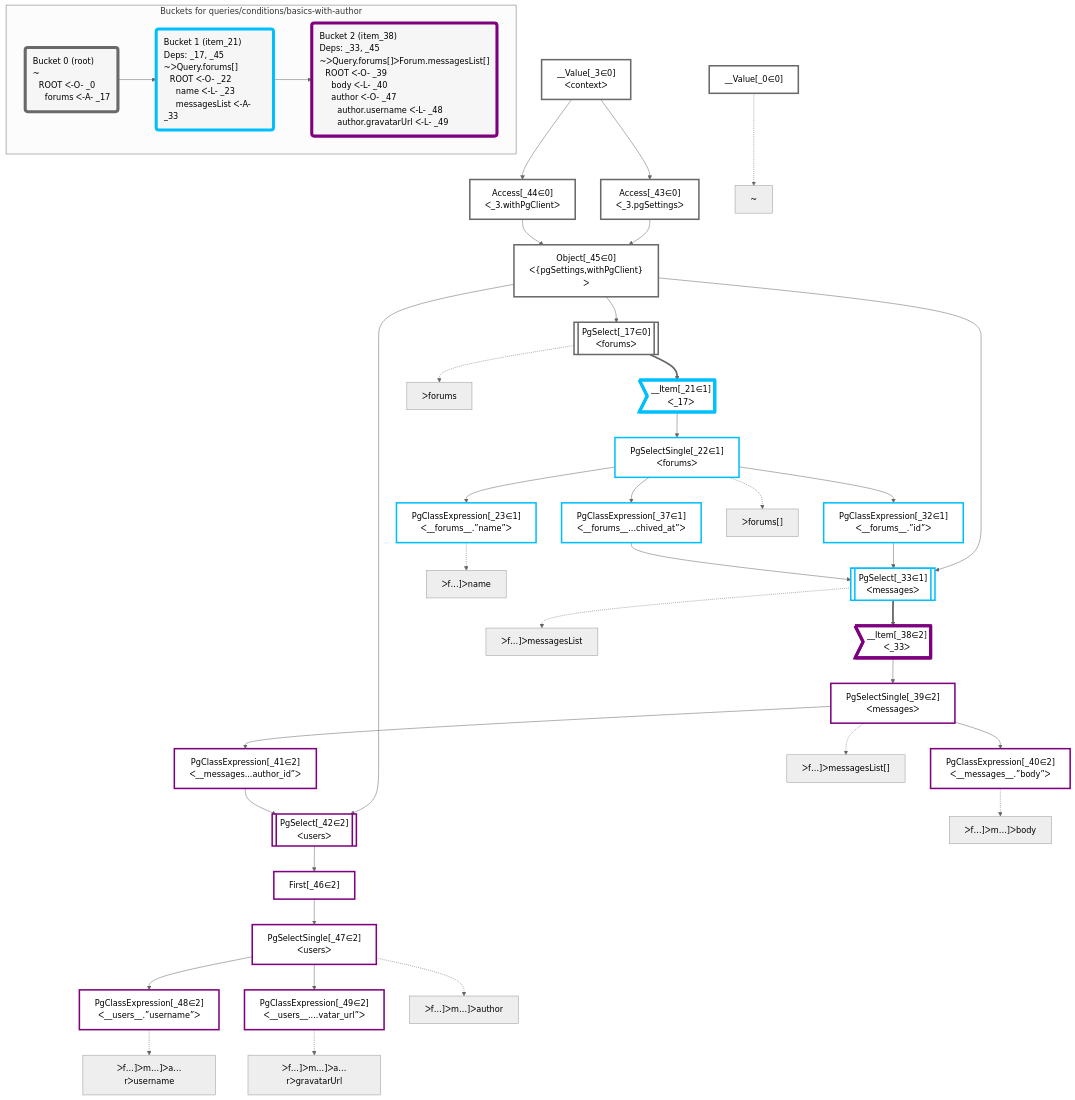
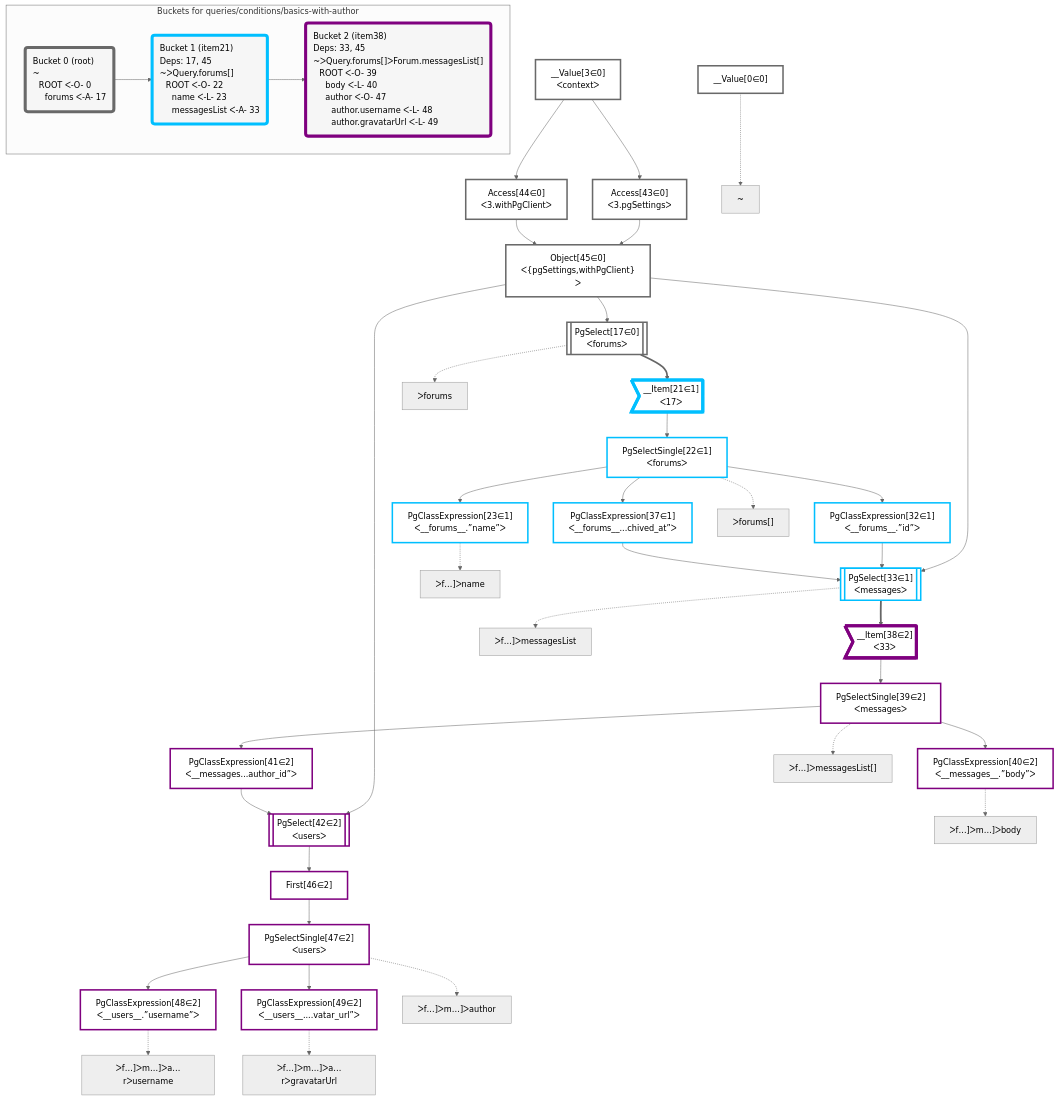
One commit to graphile/crystal changed the diagram in packages/dataplan-pg/__tests__/queries/conditions/basics-with-author.deopt.mermaid.md. Above: the diagram before and after it, drawn with Mermaid (neutral theme). The commit also changed 195 other files, not shown here.

```diff
--- a/packages/dataplan-pg/__tests__/queries/conditions/basics-with-author.deopt.mermaid.md
+++ b/packages/dataplan-pg/__tests__/queries/conditions/basics-with-author.deopt.mermaid.md
@@ -8,81 +8,81 @@
 
 
     %% define plans
-    __Value_0["__Value[_0∈0]"]:::plan
-    PgClassExpression_23["PgClassExpression[_23∈1]<br />ᐸ__forums__.”name”ᐳ"]:::plan
-    PgClassExpression_40["PgClassExpression[_40∈2]<br />ᐸ__messages__.”body”ᐳ"]:::plan
-    PgClassExpression_48["PgClassExpression[_48∈2]<br />ᐸ__users__.”username”ᐳ"]:::plan
-    PgClassExpression_49["PgClassExpression[_49∈2]<br />ᐸ__users__....vatar_url”ᐳ"]:::plan
-    PgSelectSingle_47["PgSelectSingle[_47∈2]<br />ᐸusersᐳ"]:::plan
-    First_46["First[_46∈2]"]:::plan
-    PgSelect_42[["PgSelect[_42∈2]<br />ᐸusersᐳ"]]:::plan
-    PgClassExpression_41["PgClassExpression[_41∈2]<br />ᐸ__messages...author_id”ᐳ"]:::plan
-    PgSelectSingle_39["PgSelectSingle[_39∈2]<br />ᐸmessagesᐳ"]:::plan
-    __Item_38>"__Item[_38∈2]<br />ᐸ_33ᐳ"]:::itemplan
-    PgSelect_33[["PgSelect[_33∈1]<br />ᐸmessagesᐳ"]]:::plan
-    PgClassExpression_32["PgClassExpression[_32∈1]<br />ᐸ__forums__.”id”ᐳ"]:::plan
-    PgClassExpression_37["PgClassExpression[_37∈1]<br />ᐸ__forums__...chived_at”ᐳ"]:::plan
-    PgSelectSingle_22["PgSelectSingle[_22∈1]<br />ᐸforumsᐳ"]:::plan
-    __Item_21>"__Item[_21∈1]<br />ᐸ_17ᐳ"]:::itemplan
-    PgSelect_17[["PgSelect[_17∈0]<br />ᐸforumsᐳ"]]:::plan
-    Object_45["Object[_45∈0]<br />ᐸ{pgSettings,withPgClient}ᐳ"]:::plan
-    Access_43["Access[_43∈0]<br />ᐸ_3.pgSettingsᐳ"]:::plan
-    Access_44["Access[_44∈0]<br />ᐸ_3.withPgClientᐳ"]:::plan
-    __Value_3["__Value[_3∈0]<br />ᐸcontextᐳ"]:::plan
+    __Value0["__Value[0∈0]"]:::plan
+    PgClassExpression23["PgClassExpression[23∈1]<br />ᐸ__forums__.”name”ᐳ"]:::plan
+    PgClassExpression40["PgClassExpression[40∈2]<br />ᐸ__messages__.”body”ᐳ"]:::plan
+    PgClassExpression48["PgClassExpression[48∈2]<br />ᐸ__users__.”username”ᐳ"]:::plan
+    PgClassExpression49["PgClassExpression[49∈2]<br />ᐸ__users__....vatar_url”ᐳ"]:::plan
+    PgSelectSingle47["PgSelectSingle[47∈2]<br />ᐸusersᐳ"]:::plan
+    First46["First[46∈2]"]:::plan
+    PgSelect42[["PgSelect[42∈2]<br />ᐸusersᐳ"]]:::plan
+    PgClassExpression41["PgClassExpression[41∈2]<br />ᐸ__messages...author_id”ᐳ"]:::plan
+    PgSelectSingle39["PgSelectSingle[39∈2]<br />ᐸmessagesᐳ"]:::plan
+    __Item38>"__Item[38∈2]<br />ᐸ33ᐳ"]:::itemplan
+    PgSelect33[["PgSelect[33∈1]<br />ᐸmessagesᐳ"]]:::plan
+    PgClassExpression32["PgClassExpression[32∈1]<br />ᐸ__forums__.”id”ᐳ"]:::plan
+    PgClassExpression37["PgClassExpression[37∈1]<br />ᐸ__forums__...chived_at”ᐳ"]:::plan
+    PgSelectSingle22["PgSelectSingle[22∈1]<br />ᐸforumsᐳ"]:::plan
+    __Item21>"__Item[21∈1]<br />ᐸ17ᐳ"]:::itemplan
+    PgSelect17[["PgSelect[17∈0]<br />ᐸforumsᐳ"]]:::plan
+    Object45["Object[45∈0]<br />ᐸ{pgSettings,withPgClient}ᐳ"]:::plan
+    Access43["Access[43∈0]<br />ᐸ3.pgSettingsᐳ"]:::plan
+    Access44["Access[44∈0]<br />ᐸ3.withPgClientᐳ"]:::plan
+    __Value3["__Value[3∈0]<br />ᐸcontextᐳ"]:::plan
 
     %% plan dependencies
-    PgSelectSingle_22 --> PgClassExpression_23
-    PgSelectSingle_39 --> PgClassExpression_40
-    PgSelectSingle_47 --> PgClassExpression_48
-    PgSelectSingle_47 --> PgClassExpression_49
-    First_46 --> PgSelectSingle_47
-    PgSelect_42 --> First_46
-    Object_45 & PgClassExpression_41 --> PgSelect_42
-    PgSelectSingle_39 --> PgClassExpression_41
-    __Item_38 --> PgSelectSingle_39
-    PgSelect_33 ==> __Item_38
-    Object_45 & PgClassExpression_32 & PgClassExpression_37 --> PgSelect_33
-    PgSelectSingle_22 --> PgClassExpression_32
-    PgSelectSingle_22 --> PgClassExpression_37
-    __Item_21 --> PgSelectSingle_22
-    PgSelect_17 ==> __Item_21
-    Object_45 --> PgSelect_17
-    Access_43 & Access_44 --> Object_45
-    __Value_3 --> Access_43
-    __Value_3 --> Access_44
+    PgSelectSingle22 --> PgClassExpression23
+    PgSelectSingle39 --> PgClassExpression40
+    PgSelectSingle47 --> PgClassExpression48
+    PgSelectSingle47 --> PgClassExpression49
+    First46 --> PgSelectSingle47
+    PgSelect42 --> First46
+    Object45 & PgClassExpression41 --> PgSelect42
+    PgSelectSingle39 --> PgClassExpression41
+    __Item38 --> PgSelectSingle39
+    PgSelect33 ==> __Item38
+    Object45 & PgClassExpression32 & PgClassExpression37 --> PgSelect33
+    PgSelectSingle22 --> PgClassExpression32
+    PgSelectSingle22 --> PgClassExpression37
+    __Item21 --> PgSelectSingle22
+    PgSelect17 ==> __Item21
+    Object45 --> PgSelect17
+    Access43 & Access44 --> Object45
+    __Value3 --> Access43
+    __Value3 --> Access44
 
     %% plan-to-path relationships
-    P_0["~"]
-    __Value_0 -.-> P_0
-    P_17["ᐳforums"]
-    PgSelect_17 -.-> P_17
-    P_22["ᐳforums[]"]
-    PgSelectSingle_22 -.-> P_22
-    P_23["ᐳf…]ᐳname"]
-    PgClassExpression_23 -.-> P_23
-    P_33["ᐳf…]ᐳmessagesList"]
-    PgSelect_33 -.-> P_33
-    P_39["ᐳf…]ᐳmessagesList[]"]
-    PgSelectSingle_39 -.-> P_39
-    P_40["ᐳf…]ᐳm…]ᐳbody"]
-    PgClassExpression_40 -.-> P_40
-    P_47["ᐳf…]ᐳm…]ᐳauthor"]
-    PgSelectSingle_47 -.-> P_47
-    P_48["ᐳf…]ᐳm…]ᐳa…rᐳusername"]
-    PgClassExpression_48 -.-> P_48
-    P_49["ᐳf…]ᐳm…]ᐳa…rᐳgravatarUrl"]
-    PgClassExpression_49 -.-> P_49
+    P0["~"]
+    __Value0 -.-> P0
+    P17["ᐳforums"]
+    PgSelect17 -.-> P17
+    P22["ᐳforums[]"]
+    PgSelectSingle22 -.-> P22
+    P23["ᐳf…]ᐳname"]
+    PgClassExpression23 -.-> P23
+    P33["ᐳf…]ᐳmessagesList"]
+    PgSelect33 -.-> P33
+    P39["ᐳf…]ᐳmessagesList[]"]
+    PgSelectSingle39 -.-> P39
+    P40["ᐳf…]ᐳm…]ᐳbody"]
+    PgClassExpression40 -.-> P40
+    P47["ᐳf…]ᐳm…]ᐳauthor"]
+    PgSelectSingle47 -.-> P47
+    P48["ᐳf…]ᐳm…]ᐳa…rᐳusername"]
+    PgClassExpression48 -.-> P48
+    P49["ᐳf…]ᐳm…]ᐳa…rᐳgravatarUrl"]
+    PgClassExpression49 -.-> P49
 
     subgraph "Buckets for queries/conditions/basics-with-author"
-    Bucket0("Bucket 0 (root)<br />~<br />⠀ROOT ᐸ-O- _0<br />⠀⠀forums ᐸ-A- _17"):::bucket
+    Bucket0("Bucket 0 (root)<br />~<br />⠀ROOT ᐸ-O- 0<br />⠀⠀forums ᐸ-A- 17"):::bucket
     classDef bucket0 stroke:#696969
-    class Bucket0,__Value_0,__Value_3,PgSelect_17,Access_43,Access_44,Object_45 bucket0
-    Bucket1("Bucket 1 (item_21)<br />Deps: _17, _45<br />~ᐳQuery.forums[]<br />⠀ROOT ᐸ-O- _22<br />⠀⠀name ᐸ-L- _23<br />⠀⠀messagesList ᐸ-A- _33"):::bucket
+    class Bucket0,__Value0,__Value3,PgSelect17,Access43,Access44,Object45 bucket0
+    Bucket1("Bucket 1 (item21)<br />Deps: 17, 45<br />~ᐳQuery.forums[]<br />⠀ROOT ᐸ-O- 22<br />⠀⠀name ᐸ-L- 23<br />⠀⠀messagesList ᐸ-A- 33"):::bucket
     classDef bucket1 stroke:#00bfff
-    class Bucket1,__Item_21,PgSelectSingle_22,PgClassExpression_23,PgClassExpression_32,PgSelect_33,PgClassExpression_37 bucket1
-    Bucket2("Bucket 2 (item_38)<br />Deps: _33, _45<br />~ᐳQuery.forums[]ᐳForum.messagesList[]<br />⠀ROOT ᐸ-O- _39<br />⠀⠀body ᐸ-L- _40<br />⠀⠀author ᐸ-O- _47<br />⠀⠀⠀author.username ᐸ-L- _48<br />⠀⠀⠀author.gravatarUrl ᐸ-L- _49"):::bucket
+    class Bucket1,__Item21,PgSelectSingle22,PgClassExpression23,PgClassExpression32,PgSelect33,PgClassExpression37 bucket1
+    Bucket2("Bucket 2 (item38)<br />Deps: 33, 45<br />~ᐳQuery.forums[]ᐳForum.messagesList[]<br />⠀ROOT ᐸ-O- 39<br />⠀⠀body ᐸ-L- 40<br />⠀⠀author ᐸ-O- 47<br />⠀⠀⠀author.username ᐸ-L- 48<br />⠀⠀⠀author.gravatarUrl ᐸ-L- 49"):::bucket
     classDef bucket2 stroke:#7f007f
-    class Bucket2,__Item_38,PgSelectSingle_39,PgClassExpression_40,PgClassExpression_41,PgSelect_42,First_46,PgSelectSingle_47,PgClassExpression_48,PgClassExpression_49 bucket2
+    class Bucket2,__Item38,PgSelectSingle39,PgClassExpression40,PgClassExpression41,PgSelect42,First46,PgSelectSingle47,PgClassExpression48,PgClassExpression49 bucket2
     Bucket0 --> Bucket1
     Bucket1 --> Bucket2
     end
```
